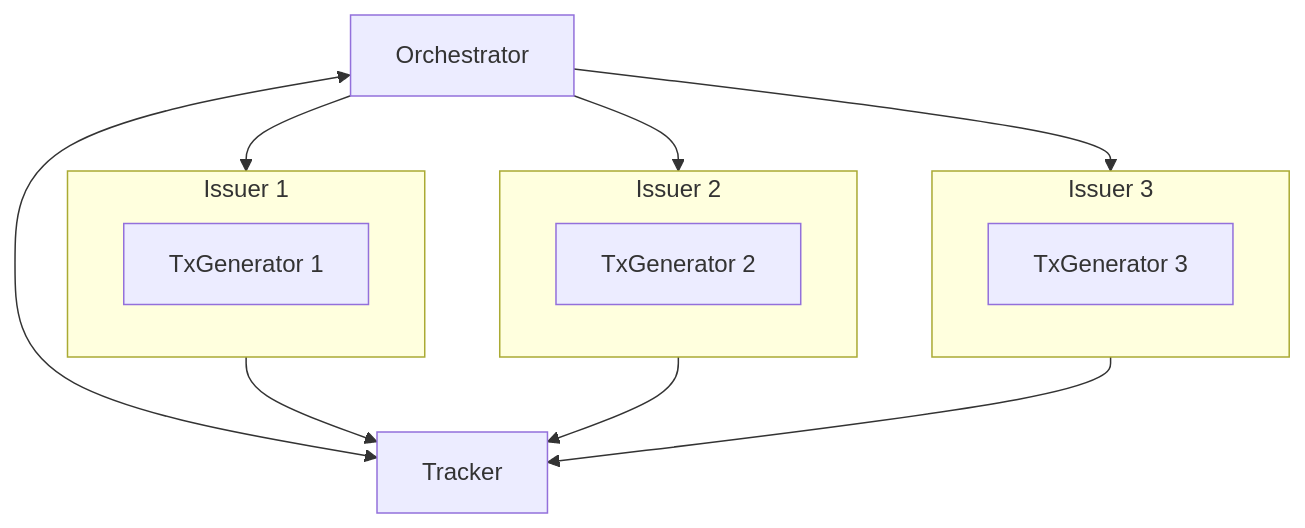
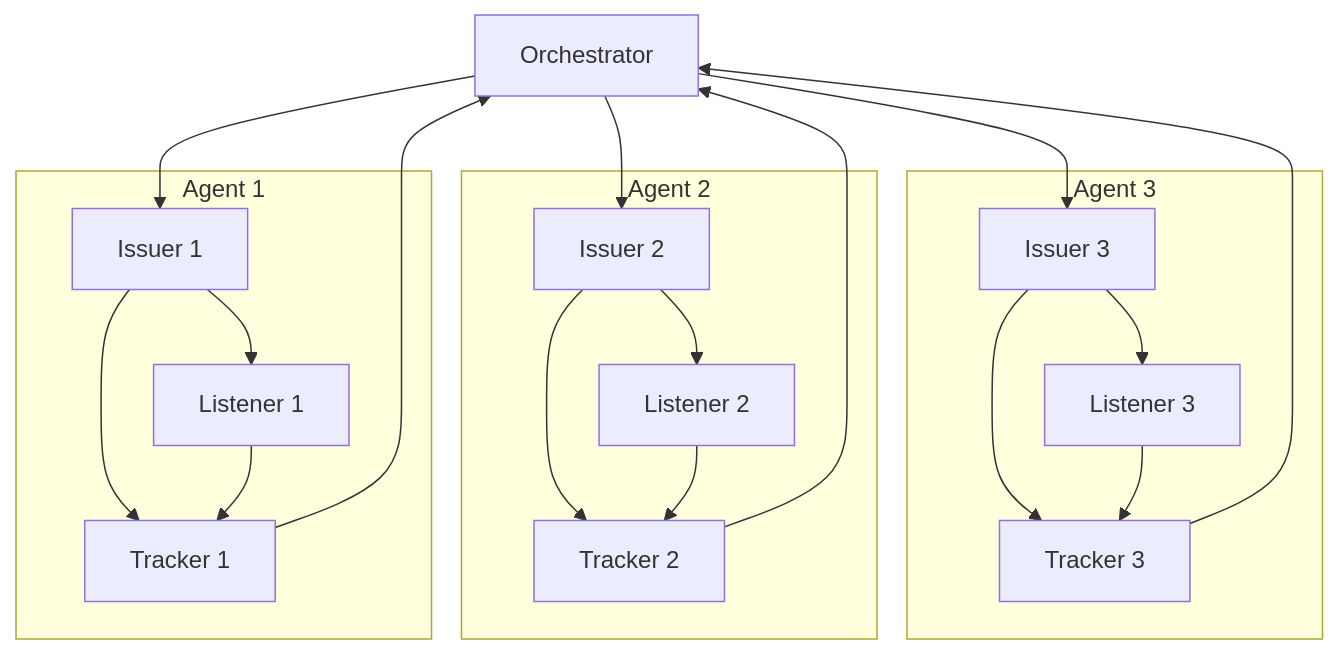
One commit to ava-labs/hypersdk changed the diagram in load/README.md. Above: the diagram before and after it, drawn with Mermaid. The commit also changed other lines of this file, not shown here.

````diff
--- a/load/README.md
+++ b/load/README.md
@@ -18,24 +18,38 @@
 ```mermaid
 graph
-    A["Orchestrator"]
-    subgraph B1["Issuer 1"]
-        TG1["TxGenerator 1"]
+    O["Orchestrator"]
+    subgraph "Agent 3"
+        A3_I["Issuer 3"]
+        A3_L["Listener 3"]
+        A3_T["Tracker 3"]
     end
-    subgraph B2["Issuer 2"]
-        TG2["TxGenerator 2"]
+    subgraph "Agent 2"
+        A2_I["Issuer 2"]
+        A2_L["Listener 2"]
+        A2_T["Tracker 2"]
     end
-    subgraph B3["Issuer 3"]
-        TG3["TxGenerator 3"]
+    subgraph "Agent 1"
+        A1_I["Issuer 1"]
+        A1_L["Listener 1"]
+        A1_T["Tracker 1"]
     end
-    C["Tracker"]
 
-    A <--> C
+    A1_T --> O
+    A2_T --> O
+    A3_T --> O
 
-    A --> B1
-    A --> B2
-    A --> B3
+    O --> A1_I
+    O --> A2_I
+    O --> A3_I
 
-    B1 --> C
-    B2 --> C
-    B3 --> C
+    A1_I --> A1_L
+    A2_I --> A2_L
+    A3_I --> A3_L
+
+    A1_I --> A1_T
+    A2_I --> A2_T
+    A3_I --> A3_T
+    A1_L --> A1_T
+    A2_L --> A2_T
+    A3_L --> A3_T
 ```
````
